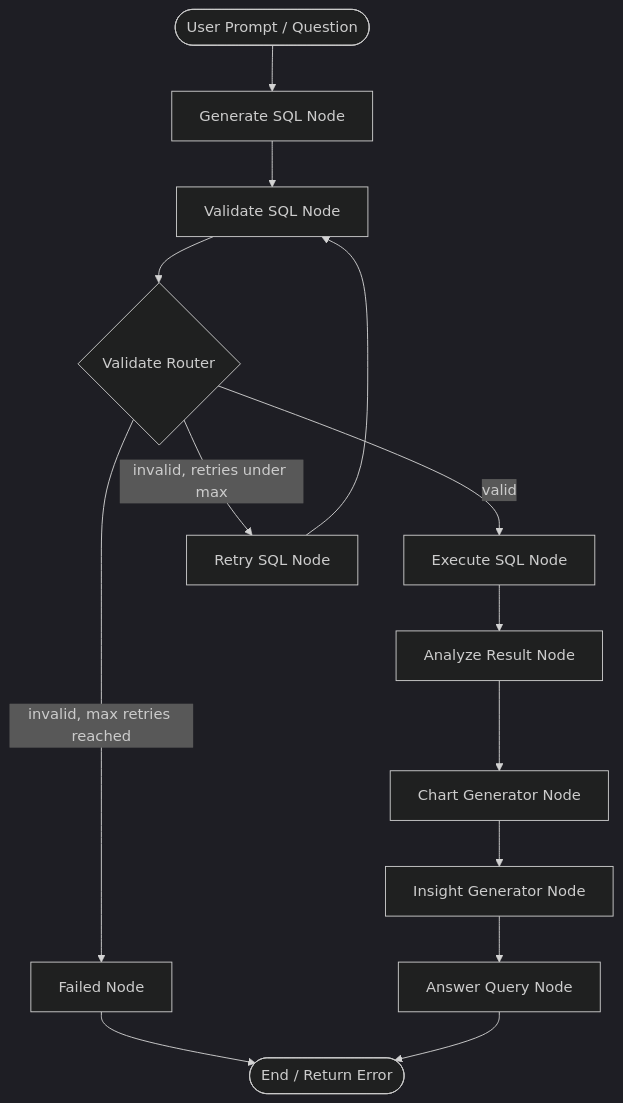
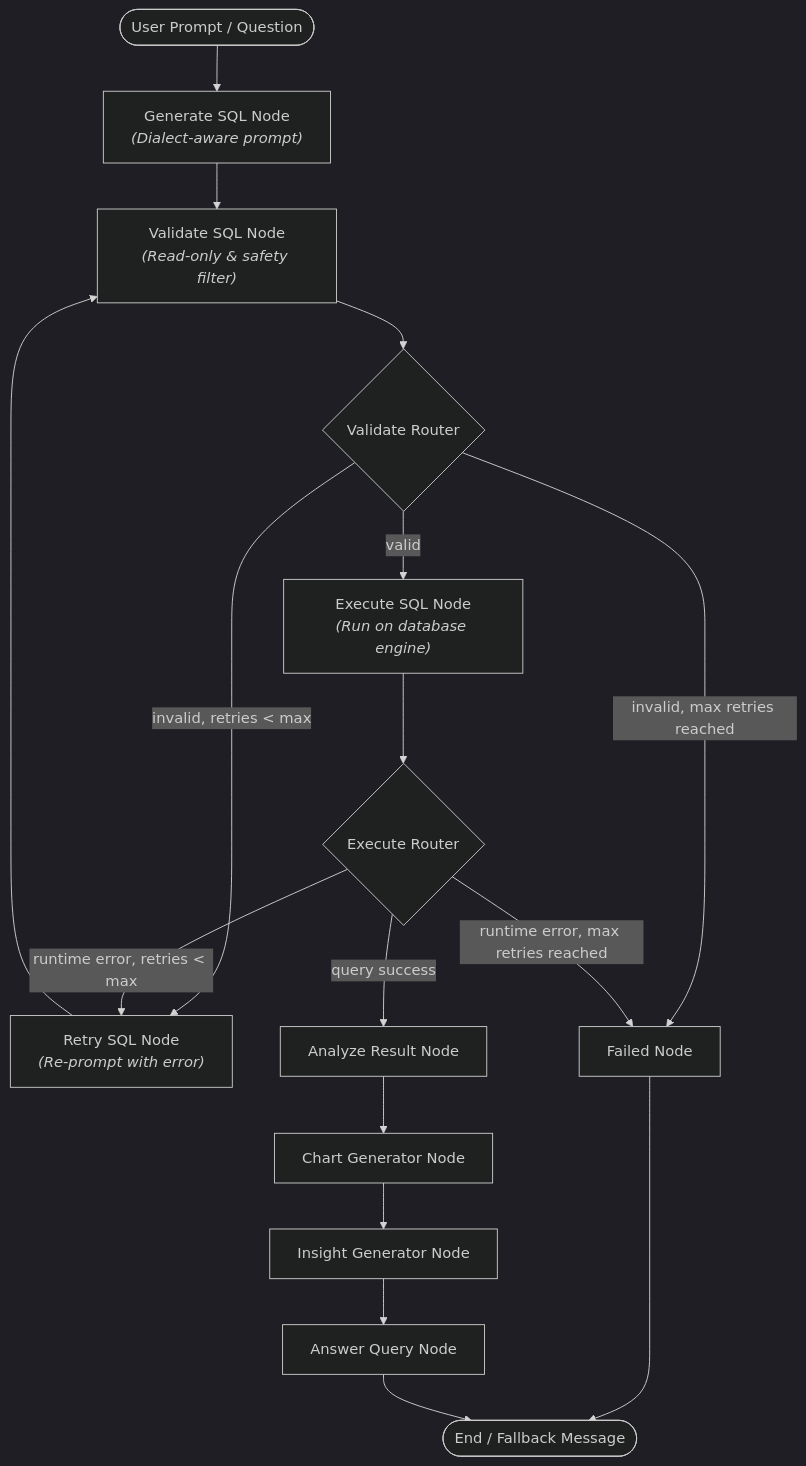
One commit to navya-hash/natural-language-sql-agent changed the diagram in README.md. Above: the diagram before and after it, drawn with Mermaid (dark theme). The commit also changed other lines of this file and 26 other files, not shown here.

````diff
--- a/README.md
+++ b/README.md
@@ -47,19 +65,23 @@
 ```mermaid
 flowchart TD
-    Start(["User Prompt / Question"]) --> GenSQL["Generate SQL Node"]
-    GenSQL --> ValSQL["Validate SQL Node"]
-    ValSQL --> Route{"Validate Router"}
+    Start(["User Prompt / Question"]) --> GenSQL["Generate SQL Node<br/><i>(Dialect-aware prompt)</i>"]
+    GenSQL --> ValSQL["Validate SQL Node<br/><i>(Read-only & safety filter)</i>"]
+    ValSQL --> ValRoute{"Validate Router"}
 
-    Route -->|"valid"| ExecSQL["Execute SQL Node"]
-    Route -->|"invalid, retries under max"| RetrySQL["Retry SQL Node"]
-    Route -->|"invalid, max retries reached"| FailedNode["Failed Node"]
+    ValRoute -->|"valid"| ExecSQL["Execute SQL Node<br/><i>(Run on database engine)</i>"]
+    ValRoute -->|"invalid, retries < max"| RetrySQL["Retry SQL Node<br/><i>(Re-prompt with error)</i>"]
+    ValRoute -->|"invalid, max retries reached"| FailedNode["Failed Node"]
+
+    ExecSQL --> ExecRoute{"Execute Router"}
+    ExecRoute -->|"query success"| AnalyzeNode["Analyze Result Node"]
+    ExecRoute -->|"runtime error, retries < max"| RetrySQL
+    ExecRoute -->|"runtime error, max retries reached"| FailedNode
 
     RetrySQL --> ValSQL
-    FailedNode --> EndNode(["End / Return Error"])
+    FailedNode --> EndNode(["End / Fallback Message"])
 
-    ExecSQL --> AnalyzeNode["Analyze Result Node"]
     AnalyzeNode --> ChartNode["Chart Generator Node"]
     ChartNode --> InsightNode["Insight Generator Node"]
     InsightNode --> AnswerNode["Answer Query Node"]
     AnswerNode --> EndNode
 ```
````
